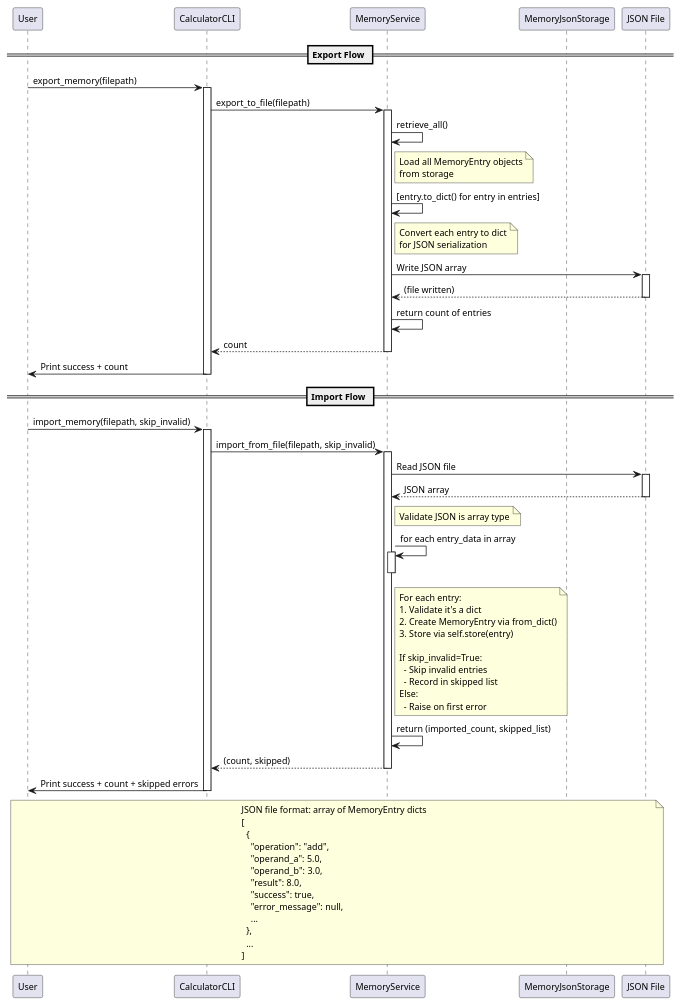
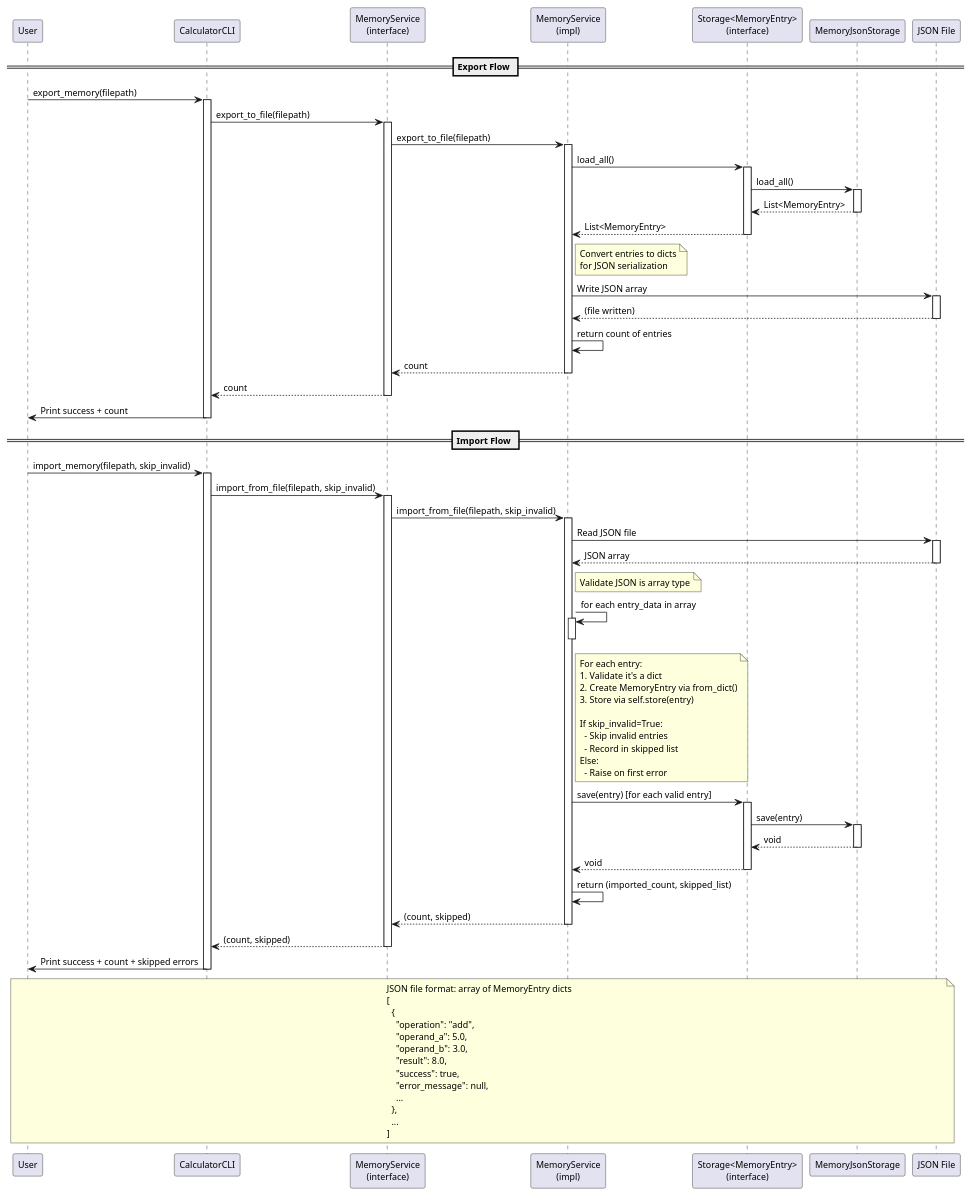
Before and after one commit to DanielRiha8906/Software_autoevolution_using_agents: the diagram in experiments/pipeline/structured_text/calculator/artifacts/sequence_diagram_import_export.puml, drawn with PlantUML. The commit also changed 9 other files, not shown here.

First line of the commit message:
Task 09: Separate core components with protocol-based architecture

```diff
--- a/experiments/pipeline/structured_text/calculator/artifacts/sequence_diagram_import_export.puml
+++ b/experiments/pipeline/structured_text/calculator/artifacts/sequence_diagram_import_export.puml
@@ -1,86 +1,106 @@
 @startuml sequence_diagram_import_export
 
 skinparam defaultFontSize 12
 participant User as U
 participant CalculatorCLI as CLI
-participant MemoryService as MS
+participant "MemoryService\n(interface)" as MSProto
+participant "MemoryService\n(impl)" as MS
+participant "Storage<MemoryEntry>\n(interface)" as StorageProto
 participant MemoryJsonStorage as MJS
 participant "JSON File" as FILE
 
 == Export Flow ==
 
 U -> CLI: export_memory(filepath)
 activate CLI
-  CLI -> MS: export_to_file(filepath)
+  CLI -> MSProto: export_to_file(filepath)
+  activate MSProto
+  MSProto -> MS: export_to_file(filepath)
   activate MS
-    MS -> MS: retrieve_all()
+    MS -> StorageProto: load_all()
+    activate StorageProto
+    StorageProto -> MJS: load_all()
+    activate MJS
+    MJS --> StorageProto: List<MemoryEntry>
+    deactivate MJS
+    StorageProto --> MS: List<MemoryEntry>
+    deactivate StorageProto
     note right MS
-      Load all MemoryEntry objects
-      from storage
-    end note
-    MS -> MS: [entry.to_dict() for entry in entries]
-    note right MS
-      Convert each entry to dict
+      Convert entries to dicts
       for JSON serialization
     end note
     MS -> FILE: Write JSON array
     activate FILE
     FILE --> MS: (file written)
     deactivate FILE
     MS -> MS: return count of entries
-  MS --> CLI: count
+  MS --> MSProto: count
   deactivate MS
+  MSProto --> CLI: count
+  deactivate MSProto
   CLI -> U: Print success + count
 deactivate CLI
 
 == Import Flow ==
 
 U -> CLI: import_memory(filepath, skip_invalid)
 activate CLI
-  CLI -> MS: import_from_file(filepath, skip_invalid)
+  CLI -> MSProto: import_from_file(filepath, skip_invalid)
+  activate MSProto
+  MSProto -> MS: import_from_file(filepath, skip_invalid)
   activate MS
     MS -> FILE: Read JSON file
     activate FILE
     FILE --> MS: JSON array
     deactivate FILE
     note right MS
       Validate JSON is array type
     end note
     MS -> MS: for each entry_data in array
     activate MS
       note right MS
         For each entry:
         1. Validate it's a dict
         2. Create MemoryEntry via from_dict()
         3. Store via self.store(entry)
 
         If skip_invalid=True:
           - Skip invalid entries
           - Record in skipped list
         Else:
           - Raise on first error
       end note
     deactivate MS
+    MS -> StorageProto: save(entry) [for each valid entry]
+    activate StorageProto
+    StorageProto -> MJS: save(entry)
+    activate MJS
+    MJS --> StorageProto: void
+    deactivate MJS
+    StorageProto --> MS: void
+    deactivate StorageProto
     MS -> MS: return (imported_count, skipped_list)
-  MS --> CLI: (count, skipped)
+  MS --> MSProto: (count, skipped)
   deactivate MS
+  MSProto --> CLI: (count, skipped)
+  deactivate MSProto
   CLI -> U: Print success + count + skipped errors
 deactivate CLI
 
 note over U, FILE
   JSON file format: array of MemoryEntry dicts
   [
     {
       "operation": "add",
       "operand_a": 5.0,
       "operand_b": 3.0,
       "result": 8.0,
       "success": true,
       "error_message": null,
       ...
     },
     ...
   ]
 end note
 
 @enduml
```
